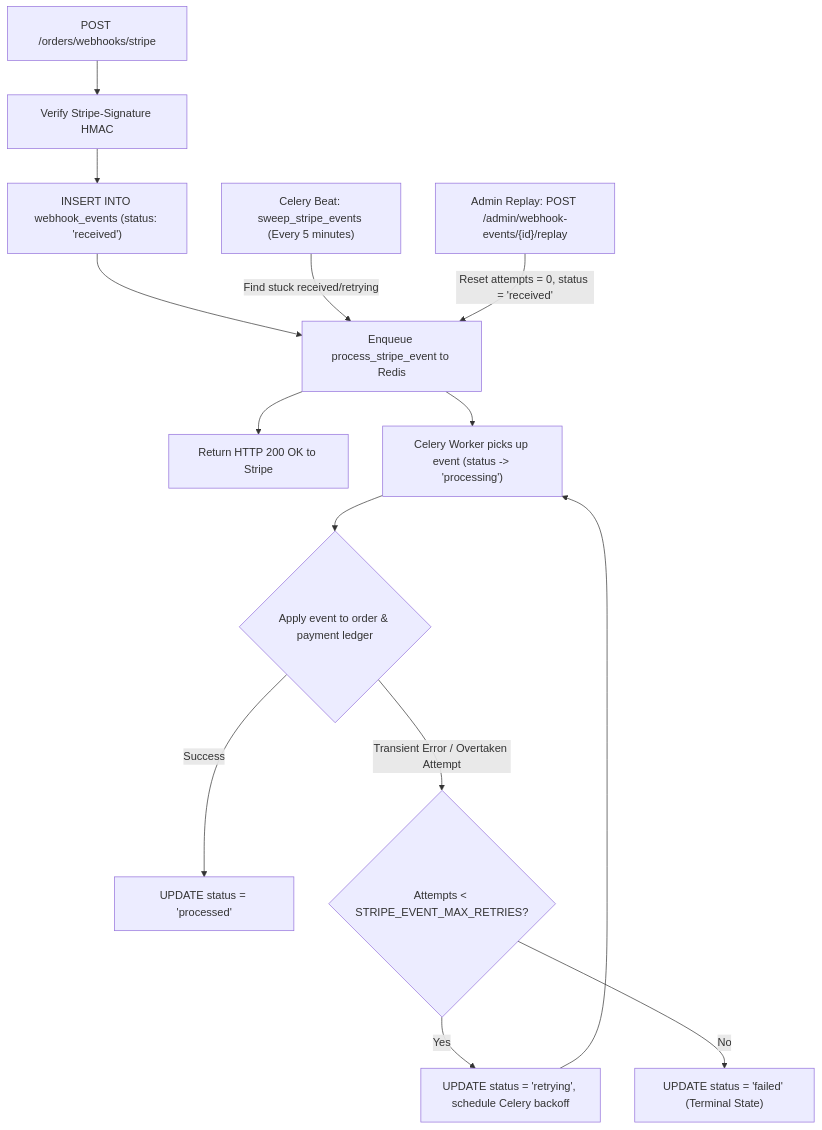
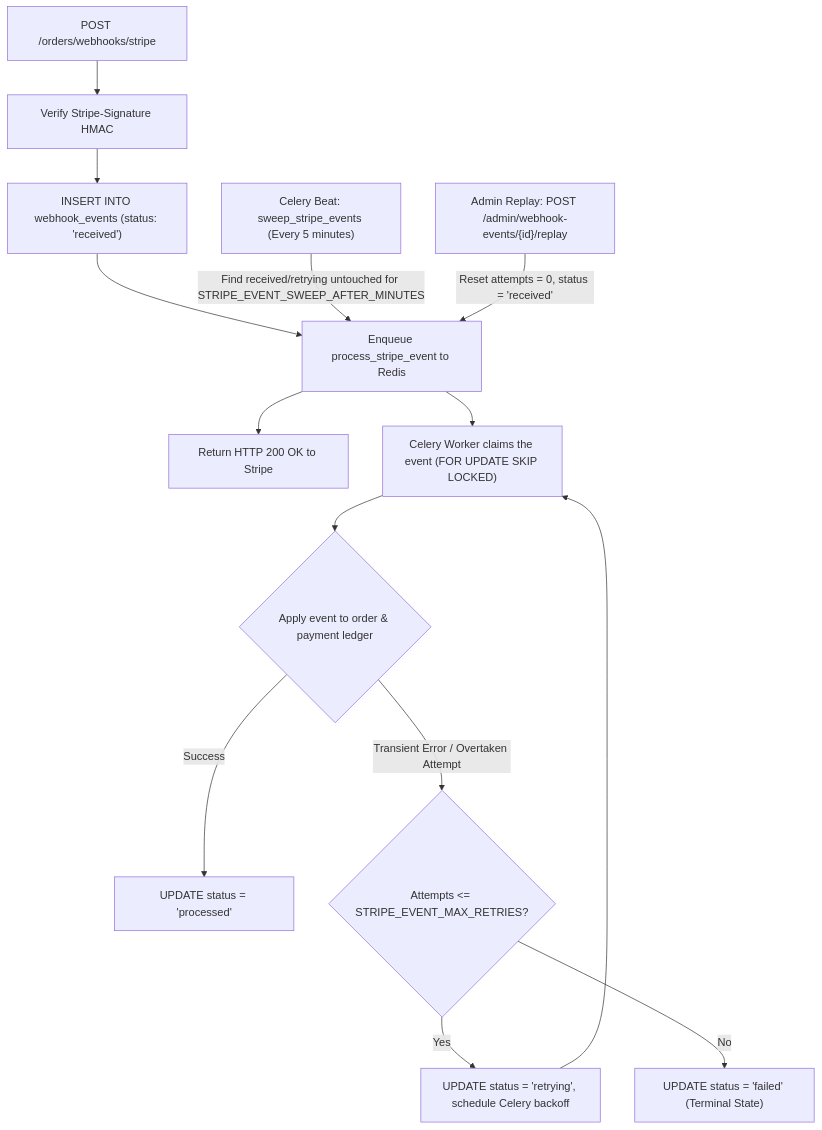
The third of 4 diagrams in docs/ARCHITECTURE.md (nadeko0/fastapi_e-commerce_backend), drawn with Mermaid before and after one commit. The commit also changed other lines of this file and 13 other files, not shown here.

````diff
--- a/docs/ARCHITECTURE.md
+++ b/docs/ARCHITECTURE.md
@@ -102,20 +103,20 @@
 ```mermaid
 flowchart TD
     Ingress["POST /orders/webhooks/stripe"] --> Verify["Verify Stripe-Signature HMAC"]
     Verify --> Store["INSERT INTO webhook_events (status: 'received')"]
     Store --> Enqueue["Enqueue process_stripe_event to Redis"]
     Enqueue --> Ack["Return HTTP 200 OK to Stripe"]
 
-    Enqueue --> Worker["Celery Worker picks up event (status -> 'processing')"]
+    Enqueue --> Worker["Celery Worker claims the event (FOR UPDATE SKIP LOCKED)"]
     Worker --> Apply{"Apply event to order & payment ledger"}
     
     Apply -->|Success| Processed["UPDATE status = 'processed'"]
-    Apply -->|Transient Error / Overtaken Attempt| Retry{"Attempts < STRIPE_EVENT_MAX_RETRIES?"}
+    Apply -->|Transient Error / Overtaken Attempt| Retry{"Attempts <= STRIPE_EVENT_MAX_RETRIES?"}
     
     Retry -->|Yes| Retrying["UPDATE status = 'retrying', schedule Celery backoff"]
     Retrying --> Worker
     Retry -->|No| Failed["UPDATE status = 'failed' (Terminal State)"]
 
-    Sweeper["Celery Beat: sweep_stripe_events (Every 5 minutes)"] -->|Find stuck received/retrying| Enqueue
+    Sweeper["Celery Beat: sweep_stripe_events (Every 5 minutes)"] -->|Find received/retrying untouched for STRIPE_EVENT_SWEEP_AFTER_MINUTES| Enqueue
     Admin["Admin Replay: POST /admin/webhook-events/{id}/replay"] -->|Reset attempts = 0, status = 'received'| Enqueue
 ```
````
